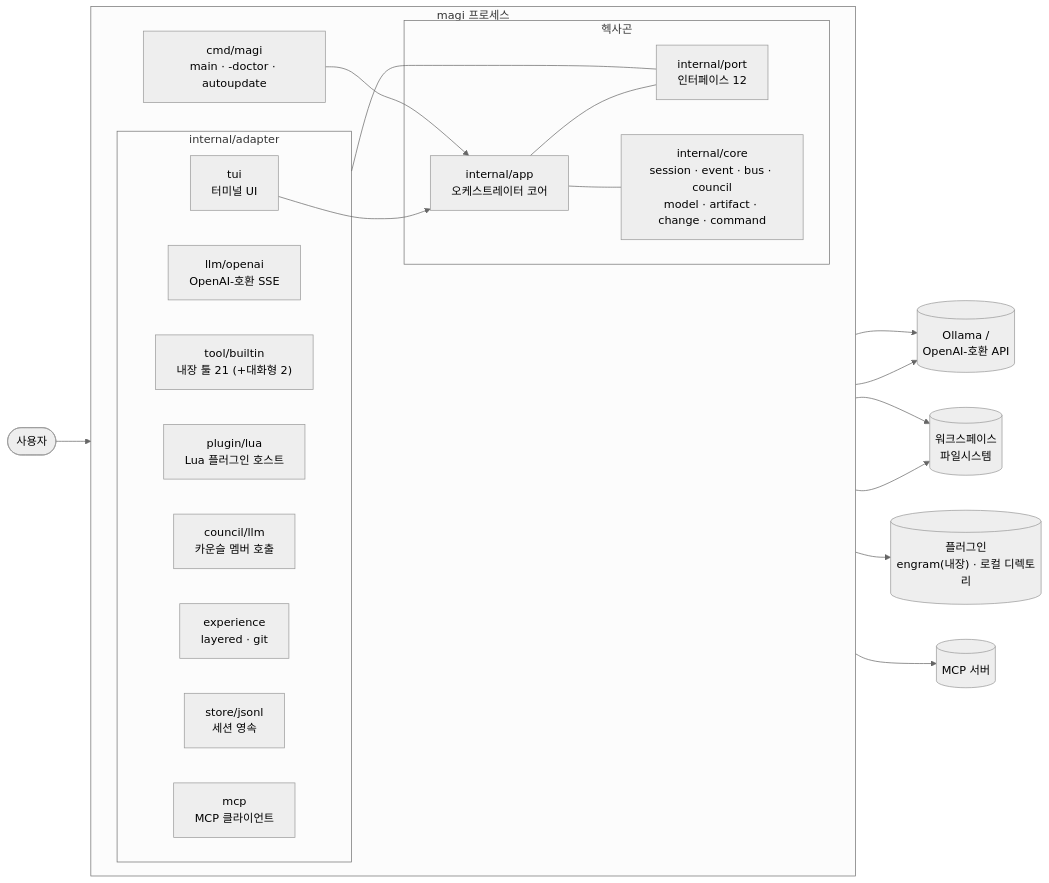
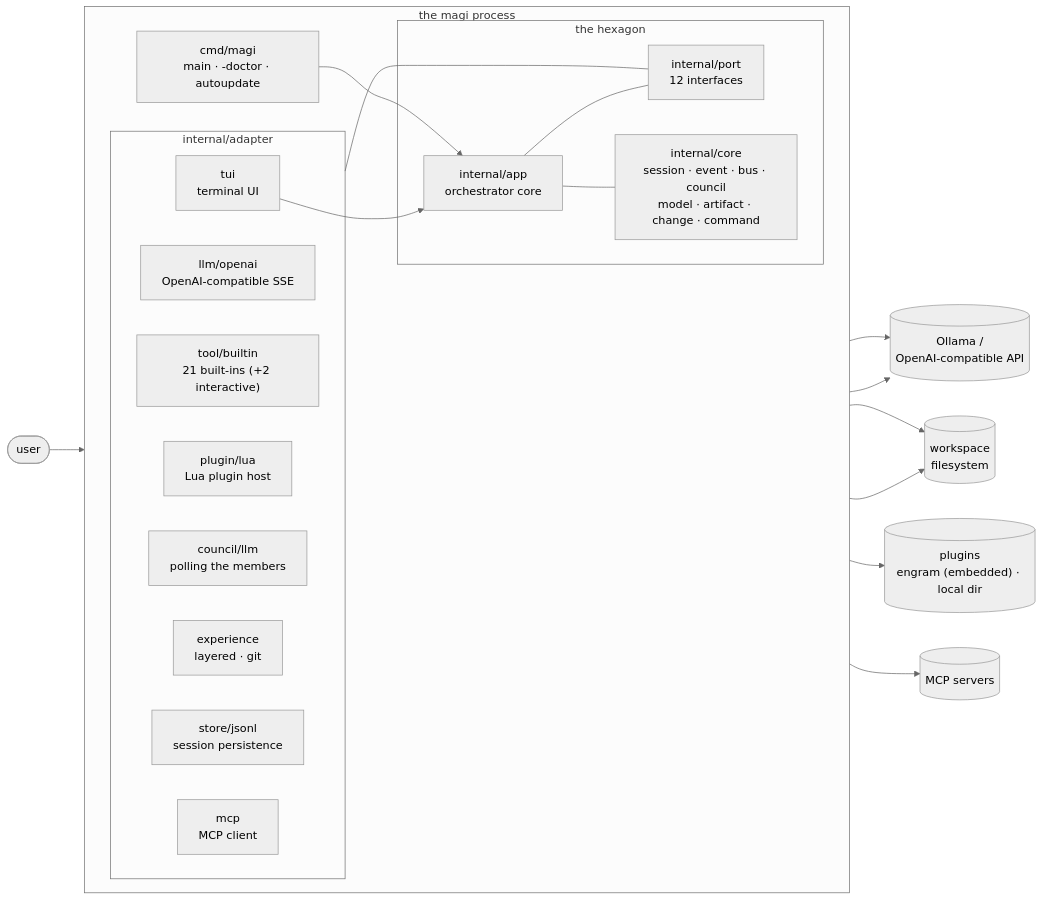
One commit to sayaya1090/magi changed the first of 10 diagrams in docs/DIAGRAMS.md. Above: the diagram before and after it, drawn with Mermaid. The commit also changed other lines of this file and 5 other files, not shown here.

First line of the commit message:
docs: split DIAGRAMS into English and Korean

````diff
--- a/docs/DIAGRAMS.md
+++ b/docs/DIAGRAMS.md
@@ -29,40 +32,40 @@
 ```mermaid
 %%{init: {'theme':'neutral','flowchart':{'curve':'basis'}}}%%
 flowchart LR
-  user(["사용자"])
-  subgraph proc["magi 프로세스"]
+  user(["user"])
+  subgraph proc["the magi process"]
     direction LR
     cmd["cmd/magi<br/>main · -doctor · autoupdate"]
-    subgraph hex["헥사곤"]
-      app["internal/app<br/>오케스트레이터 코어"]
-      port["internal/port<br/>인터페이스 12"]
+    subgraph hex["the hexagon"]
+      app["internal/app<br/>orchestrator core"]
+      port["internal/port<br/>12 interfaces"]
       core["internal/core<br/>session · event · bus · council<br/>model · artifact · change · command"]
     end
     subgraph adp["internal/adapter"]
-      tui["tui<br/>터미널 UI"]
-      llm["llm/openai<br/>OpenAI-호환 SSE"]
-      tools["tool/builtin<br/>내장 툴 21 (+대화형 2)"]
-      lua["plugin/lua<br/>Lua 플러그인 호스트"]
-      council["council/llm<br/>카운슬 멤버 호출"]
+      tui["tui<br/>terminal UI"]
+      llm["llm/openai<br/>OpenAI-compatible SSE"]
+      tools["tool/builtin<br/>21 built-ins (+2 interactive)"]
+      lua["plugin/lua<br/>Lua plugin host"]
+      council["council/llm<br/>polling the members"]
       exp["experience<br/>layered · git"]
-      store["store/jsonl<br/>세션 영속"]
-      mcp["mcp<br/>MCP 클라이언트"]
+      store["store/jsonl<br/>session persistence"]
+      mcp["mcp<br/>MCP client"]
     end
   end
-  ollama[("Ollama /<br/>OpenAI-호환 API")]
-  ws[("워크스페이스<br/>파일시스템")]
-  plug[("플러그인<br/>engram(내장) · 로컬 디렉토리")]
-  mcpsrv[("MCP 서버")]
+  ollama[("Ollama /<br/>OpenAI-compatible API")]
+  ws[("workspace<br/>filesystem")]
+  plug[("plugins<br/>engram (embedded) · local dir")]
+  mcpsrv[("MCP servers")]
 
   user --> tui --> app
   cmd --> app
   app --- port
   app --- core
   port --- adp
   llm --> ollama
   council --> ollama
   tools --> ws
   lua --> plug
   mcp --> mcpsrv
   store --> ws
 ```
````
